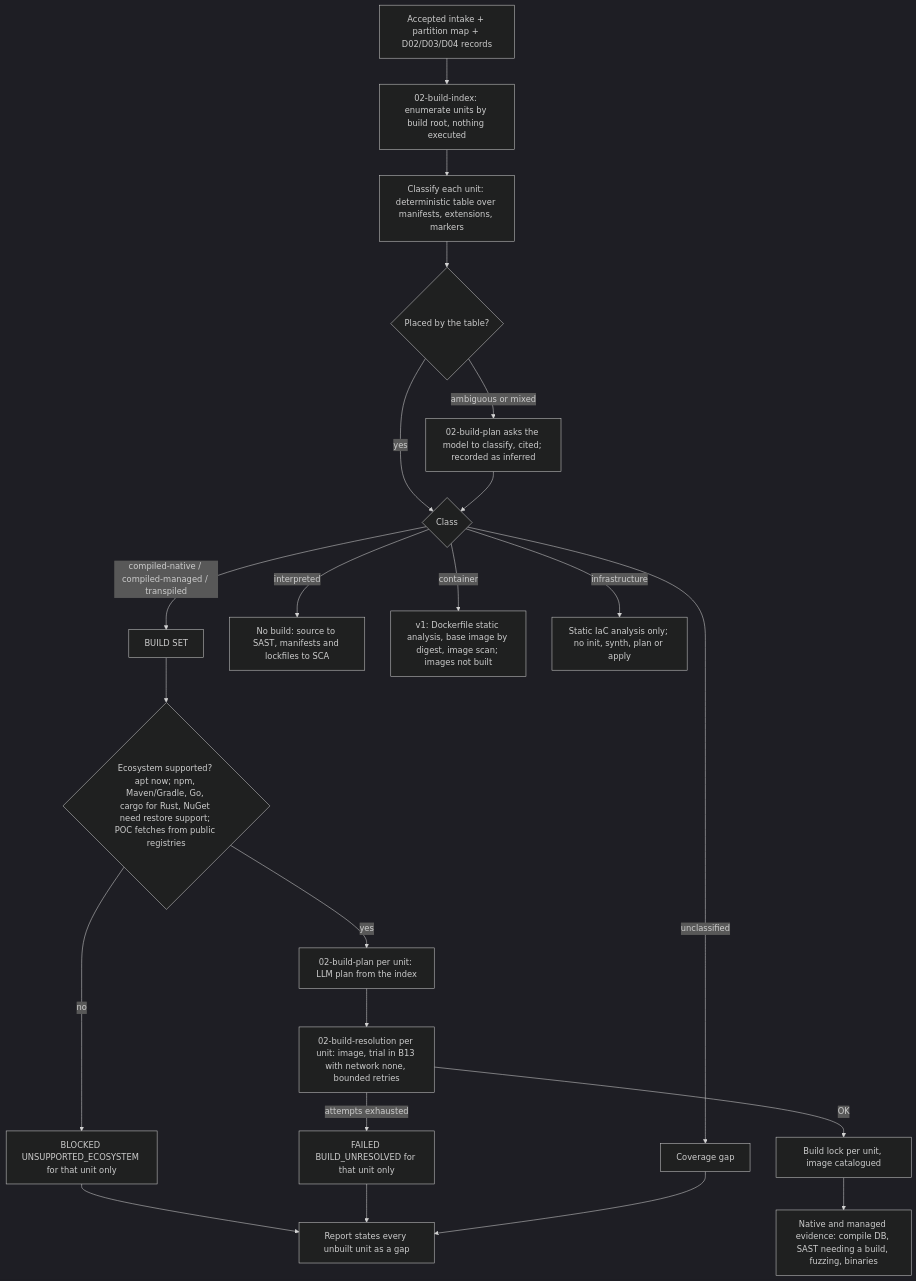
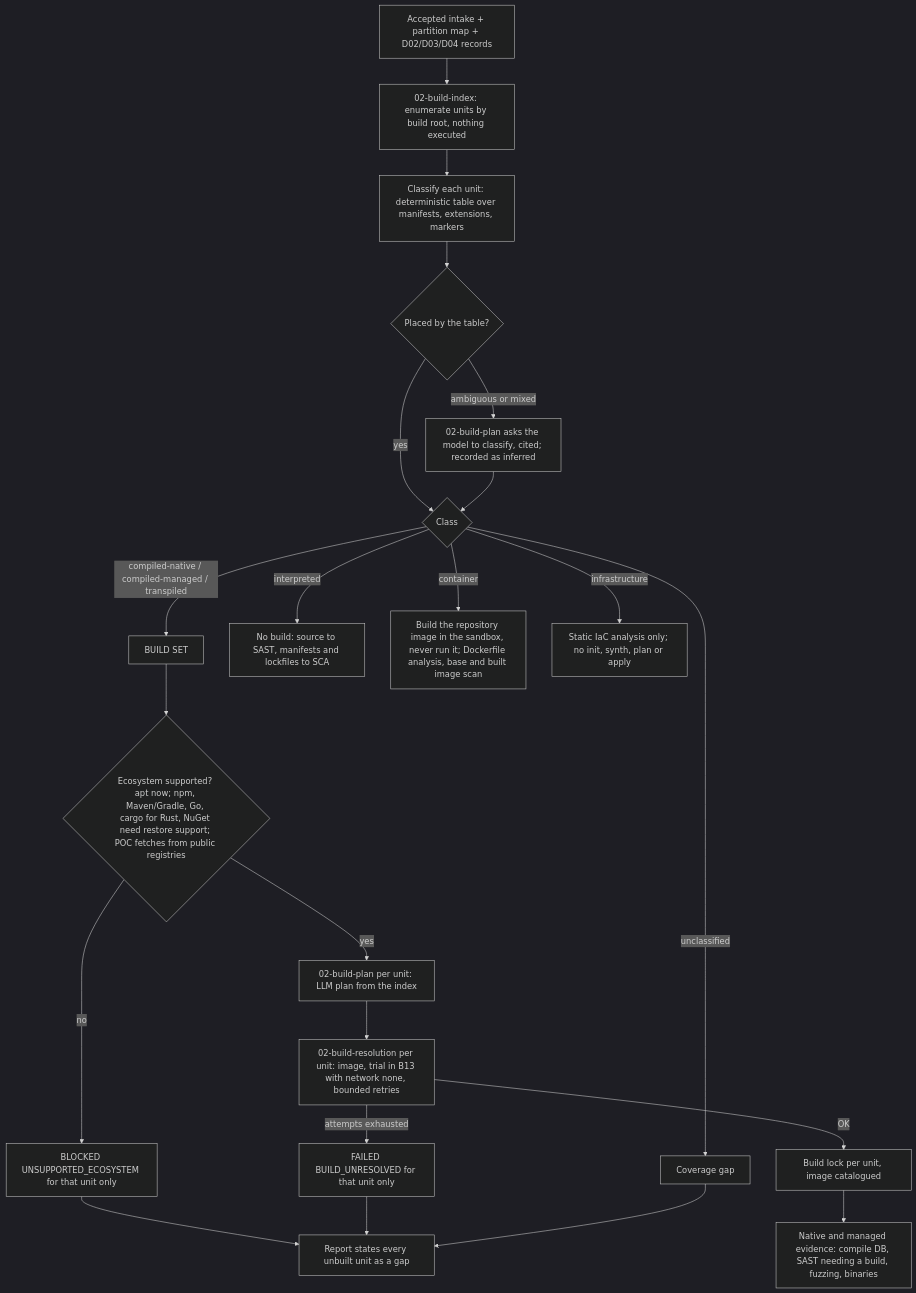
One commit to wsollers/appsec-review changed the diagram in docs/processes/build-unit-classification.md. Above: the diagram before and after it, drawn with Mermaid (dark theme). The commit also changed other lines of this file and 6 other files, not shown here.

First line of the commit message:
D03: no run step in discovery; containers built by the build lane, never run

````diff
--- a/docs/processes/build-unit-classification.md
+++ b/docs/processes/build-unit-classification.md
@@ -35,24 +35,24 @@
 ```mermaid
 flowchart TD
   A[Accepted intake + partition map + D02/D03/D04 records] --> I[02-build-index: enumerate units by build root, nothing executed]
   I --> K[Classify each unit: deterministic table over manifests, extensions, markers]
   K --> Q{Placed by the table?}
   Q -- ambiguous or mixed --> L[02-build-plan asks the model to classify, cited; recorded as inferred]
   Q -- yes --> S
   L --> S{Class}
   S -- compiled-native / compiled-managed / transpiled --> BS[BUILD SET]
   S -- interpreted --> INT[No build: source to SAST, manifests and lockfiles to SCA]
-  S -- container --> CT[v1: Dockerfile static analysis, base image by digest, image scan; images not built]
+  S -- container --> CT[Build the repository image in the sandbox, never run it; Dockerfile analysis, base and built image scan]
   S -- infrastructure --> IAC[Static IaC analysis only; no init, synth, plan or apply]
   S -- unclassified --> GAP[Coverage gap]
   BS --> E{Ecosystem supported? apt now; npm, Maven/Gradle, Go, cargo for Rust, NuGet need restore support; POC fetches from public registries}
   E -- no --> BU[BLOCKED UNSUPPORTED_ECOSYSTEM for that unit only]
   E -- yes --> P[02-build-plan per unit: LLM plan from the index]
   P --> R[02-build-resolution per unit: image, trial in B13 with network none, bounded retries]
   R -- OK --> LK[Build lock per unit, image catalogued]
   R -- attempts exhausted --> BF[FAILED BUILD_UNRESOLVED for that unit only]
   LK --> N[Native and managed evidence: compile DB, SAST needing a build, fuzzing, binaries]
   BU --> REP[Report states every unbuilt unit as a gap]
   BF --> REP
   GAP --> REP
 ```
````
